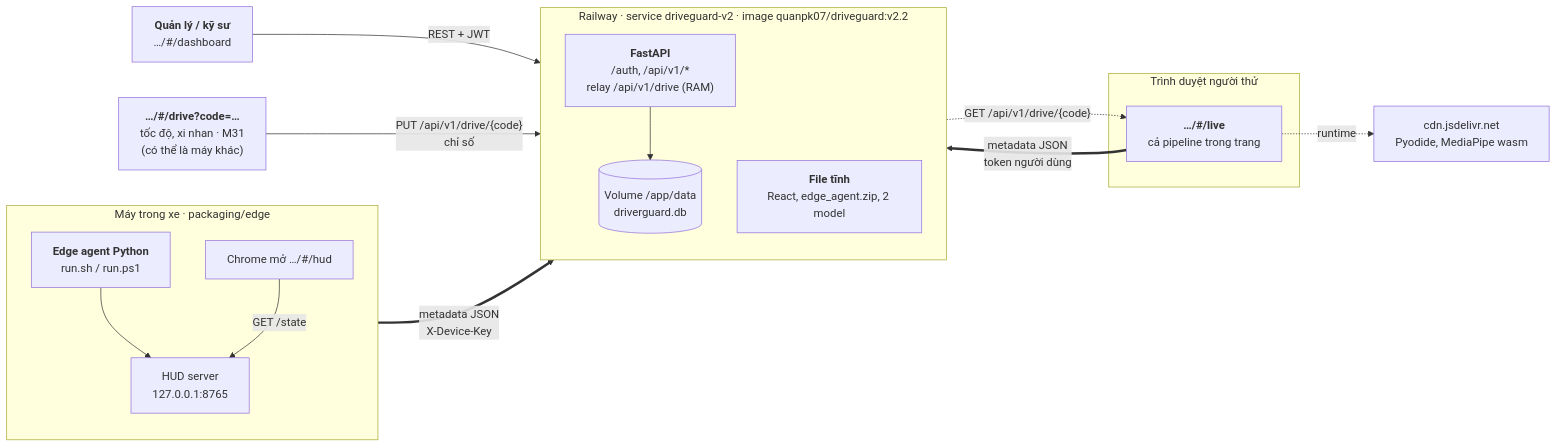
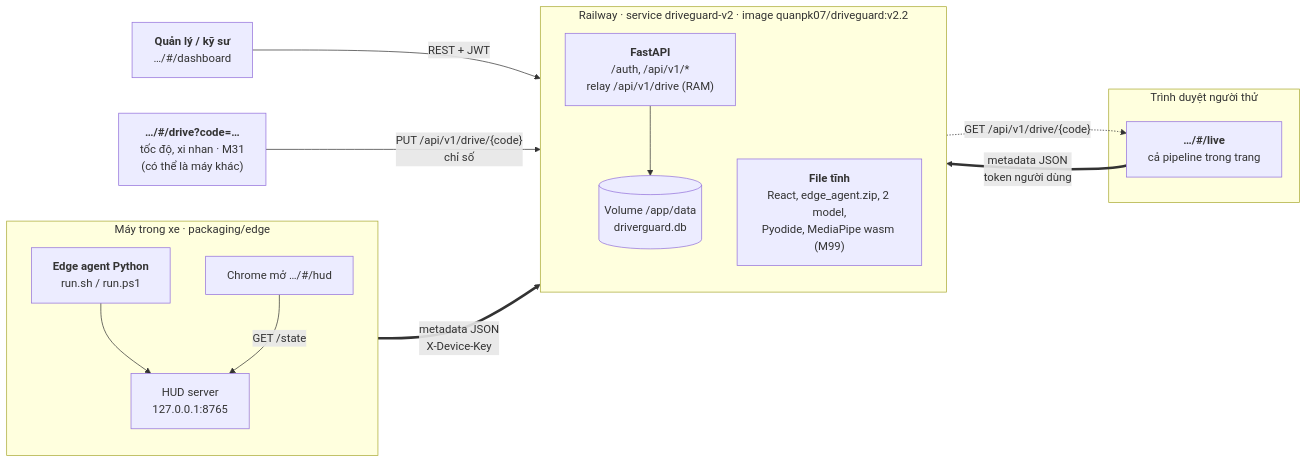
The fourth of 5 diagrams in docs/architecture_diagram.md (doananhquan26072005/driverguard), drawn with Mermaid before and after one commit. The commit also changed other lines of this file and 8 other files, not shown here.

Commit message:
docs: M91-M101 roadmap, 09/10 decisions, release v4 notes, audit doc fixes, improvements, worklog

````diff
--- a/docs/architecture_diagram.md
+++ b/docs/architecture_diagram.md
@@ -170,36 +170,33 @@
 ```mermaid
 flowchart LR
     subgraph CAR["Máy trong xe · packaging/edge"]
         direction TB
         EA["<b>Edge agent Python</b><br/>run.sh / run.ps1"]
         HS["HUD server<br/>127.0.0.1:8765"]
         CH["Chrome mở …/#/hud"]
         EA --> HS
         CH -- "GET /state" --> HS
     end
 
     subgraph VIS["Trình duyệt người thử"]
         LIVE["<b>…/#/live</b><br/>cả pipeline trong trang"]
     end
 
     REMOTE["<b>…/#/drive?code=…</b><br/>tốc độ, xi nhan · M31<br/>(có thể là máy khác)"]
 
     MGR["<b>Quản lý / kỹ sư</b><br/>…/#/dashboard"]
 
     subgraph RW["Railway · service driveguard-v2 · image quanpk07/driveguard:v2.2"]
         direction TB
         APIR["<b>FastAPI</b><br/>/auth, /api/v1/*<br/>relay /api/v1/drive (RAM)"]
-        STATIC["<b>File tĩnh</b><br/>React, edge_agent.zip, 2 model"]
+        STATIC["<b>File tĩnh</b><br/>React, edge_agent.zip, 2 model,<br/>Pyodide, MediaPipe wasm (M99)"]
         VOL[("Volume /app/data<br/>driverguard.db")]
         APIR --> VOL
     end
-
-    CDN["cdn.jsdelivr.net<br/>Pyodide, MediaPipe wasm"]
 
     EA == "metadata JSON<br/>X-Device-Key" ==> APIR
     LIVE == "metadata JSON<br/>token người dùng" ==> APIR
     MGR -- "REST + JWT" --> APIR
     REMOTE -- "PUT /api/v1/drive/{code}<br/>chỉ số" --> APIR
     APIR -. "GET /api/v1/drive/{code}" .-> LIVE
-    LIVE -. runtime .-> CDN
 ```
````
